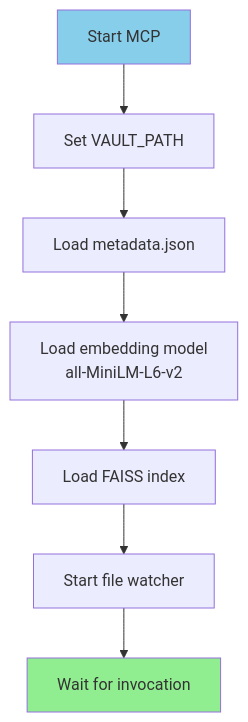
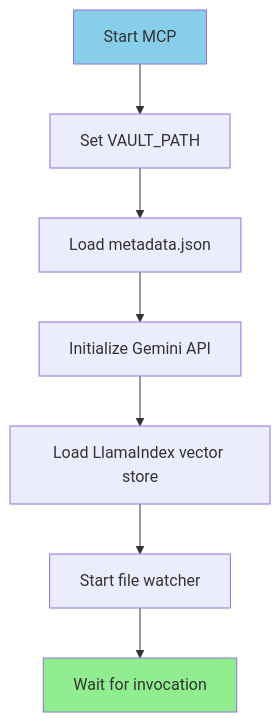
One commit to nonlinear/librarian changed the first of 4 diagrams in README.md. Above: the diagram before and after it, drawn with Mermaid. The commit also changed other lines of this file and 45 other files, not shown here.

````diff
--- a/README.md
+++ b/README.md
@@ -102,12 +114,12 @@
 ```mermaid
 graph TD
   START[Start MCP] --> VAULT[Set VAULT_PATH]
   VAULT --> META[Load metadata.json]
-  META --> EMB[Load embedding model<br/>all-MiniLM-L6-v2]
-  EMB --> VEC[Load FAISS index]
+  META --> EMB[Initialize Gemini API]
+  EMB --> VEC[Load LlamaIndex vector store]
   VEC --> WATCH[Start file watcher]
   WATCH --> WAIT[Wait for invocation]
 
   style WAIT fill:#90EE90
   style START fill:#87CEEB
 ```
````
